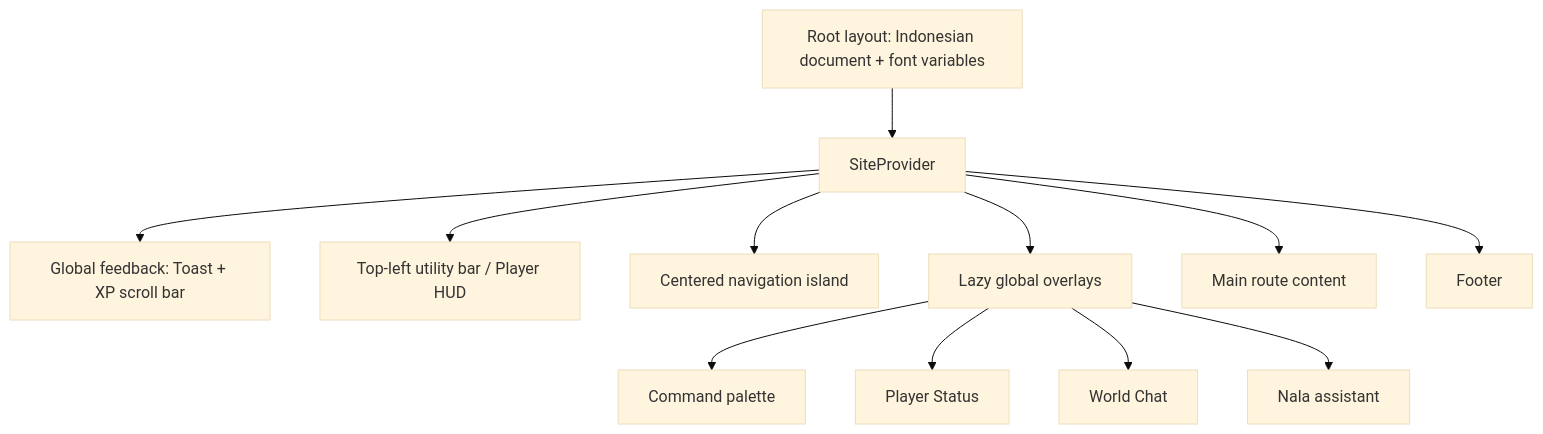
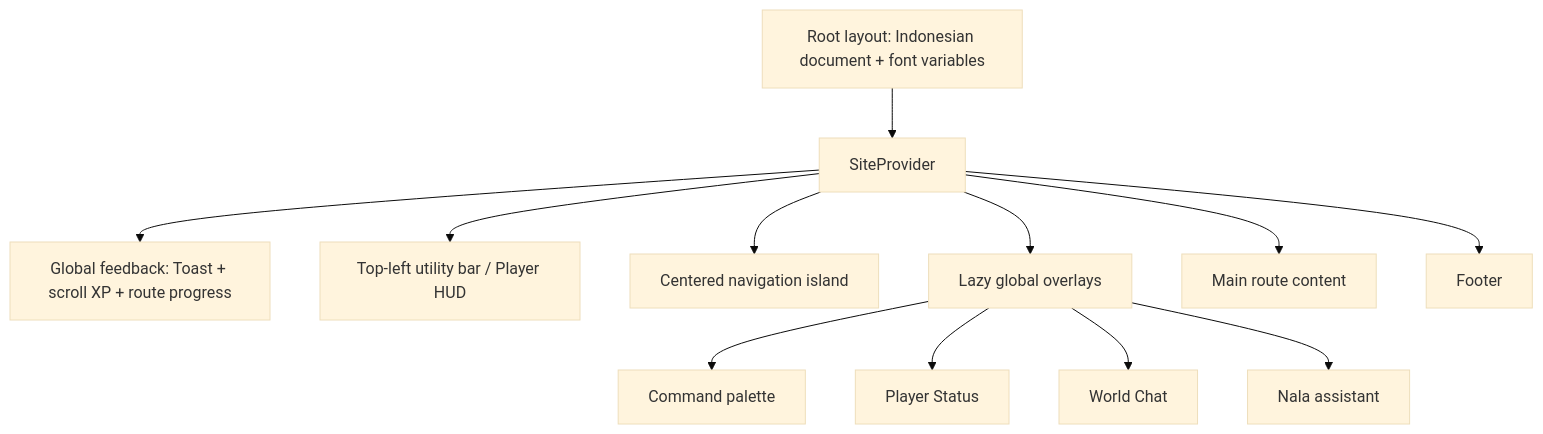
The first of 2 diagrams in DESIGN.md (yotadaa/star), drawn with Mermaid (base theme) before and after one commit. The commit also changed other lines of this file and 12 other files, not shown here.

Commit message:
feat(navigation): add route progress feedback

````diff
--- a/DESIGN.md
+++ b/DESIGN.md
@@ -258,14 +262,14 @@
 ```mermaid
 flowchart TD
   A["Root layout: Indonesian document + font variables"] --> B["SiteProvider"]
-  B --> C["Global feedback: Toast + XP scroll bar"]
+  B --> C["Global feedback: Toast + scroll XP + route progress"]
   B --> D["Top-left utility bar / Player HUD"]
   B --> E["Centered navigation island"]
   B --> F["Lazy global overlays"]
   F --> G["Command palette"]
   F --> H["Player Status"]
   F --> I["World Chat"]
   F --> J["Nala assistant"]
   B --> K["Main route content"]
   B --> L["Footer"]
 ```
````
